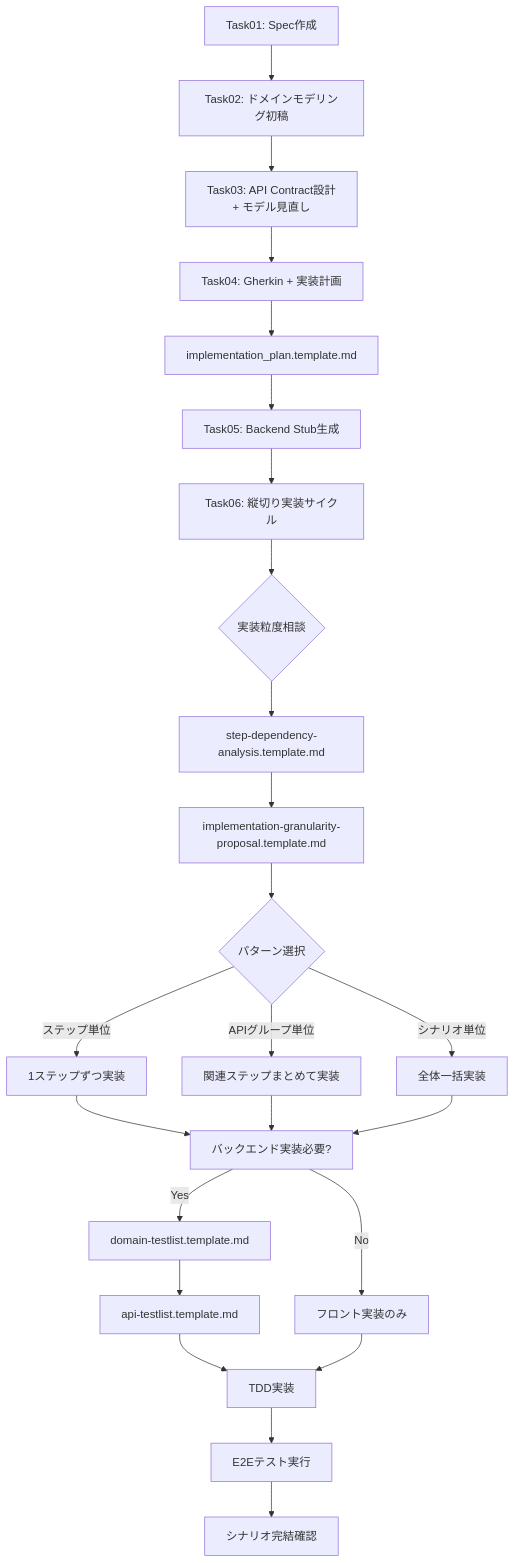
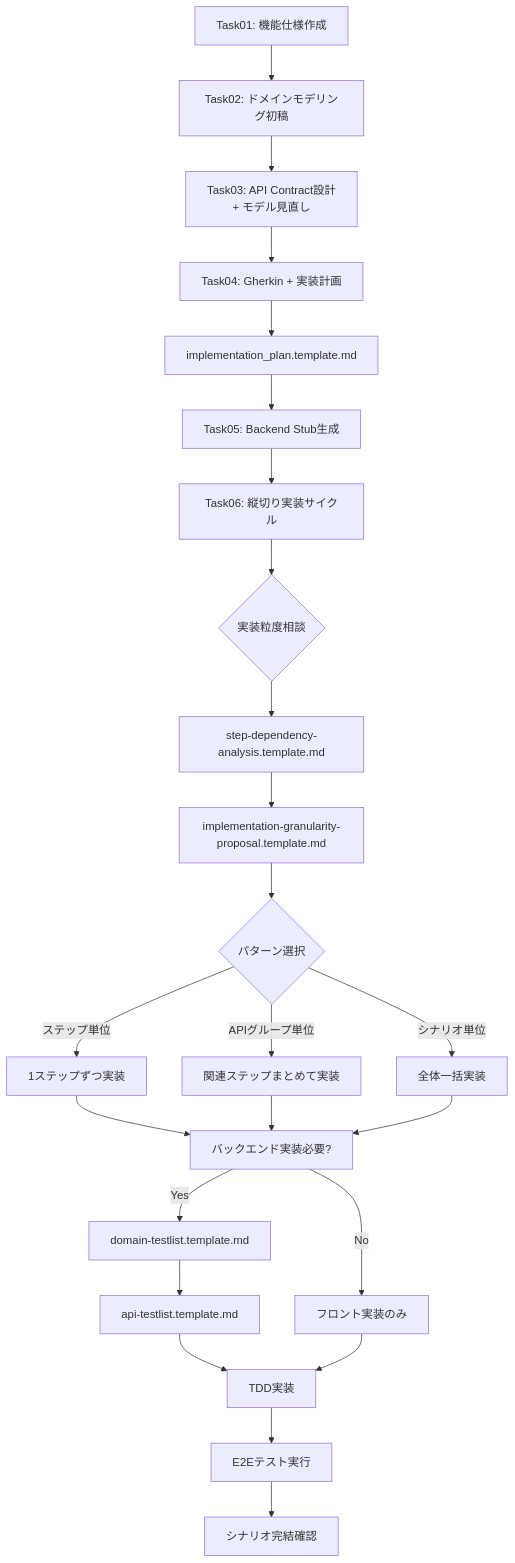
One commit to nobiinu-and/hatomask-app-with-ai changed the diagram in docs/plans/templates/README.md. Above: the diagram before and after it, drawn with Mermaid. The commit also changed other lines of this file and 22 other files, not shown here.

````diff
--- a/docs/plans/templates/README.md
+++ b/docs/plans/templates/README.md
@@ -71,26 +71,26 @@
 ```mermaid
 graph TD
-   A[Task01: Spec作成] --> B[Task02: ドメインモデリング初稿]
+   A[Task01: 機能仕様作成] --> B[Task02: ドメインモデリング初稿]
    B --> C[Task03: API Contract設計<br/>+ モデル見直し]
    C --> D[Task04: Gherkin + 実装計画]
     D --> E[implementation_plan.template.md]
    E --> F[Task05: Backend Stub生成]
    F --> G[Task06: 縦切り実装サイクル]
     G --> H{実装粒度相談}
     H --> I[step-dependency-analysis.template.md]
     I --> J[implementation-granularity-proposal.template.md]
     J --> K{パターン選択}
     K -->|ステップ単位| L1[1ステップずつ実装]
     K -->|APIグループ単位| L2[関連ステップまとめて実装]
     K -->|シナリオ単位| L3[全体一括実装]
     L1 --> M[バックエンド実装必要?]
     L2 --> M
     L3 --> M
     M -->|Yes| N[domain-testlist.template.md]
     M -->|No| O[フロント実装のみ]
     N --> P[api-testlist.template.md]
     P --> Q[TDD実装]
     O --> Q
     Q --> R[E2Eテスト実行]
    R --> S[シナリオ完結確認]
 ```
````
